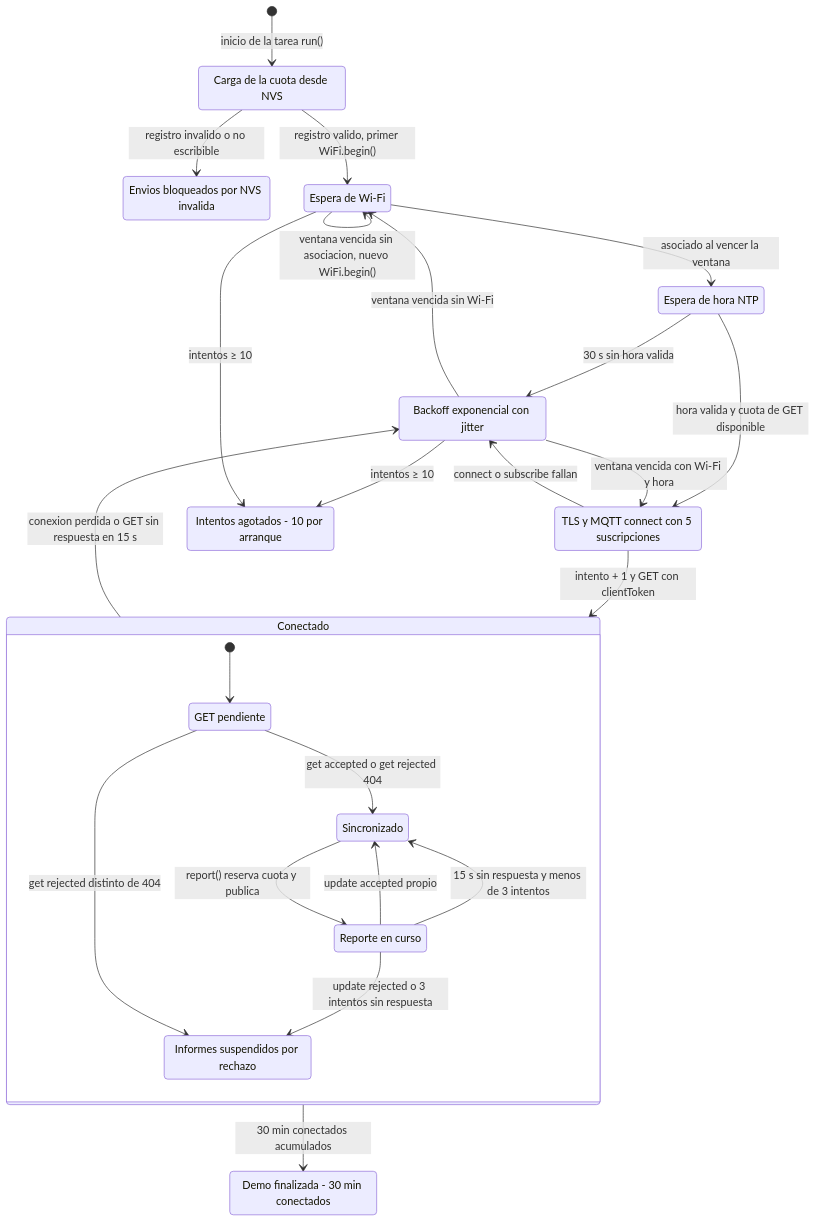
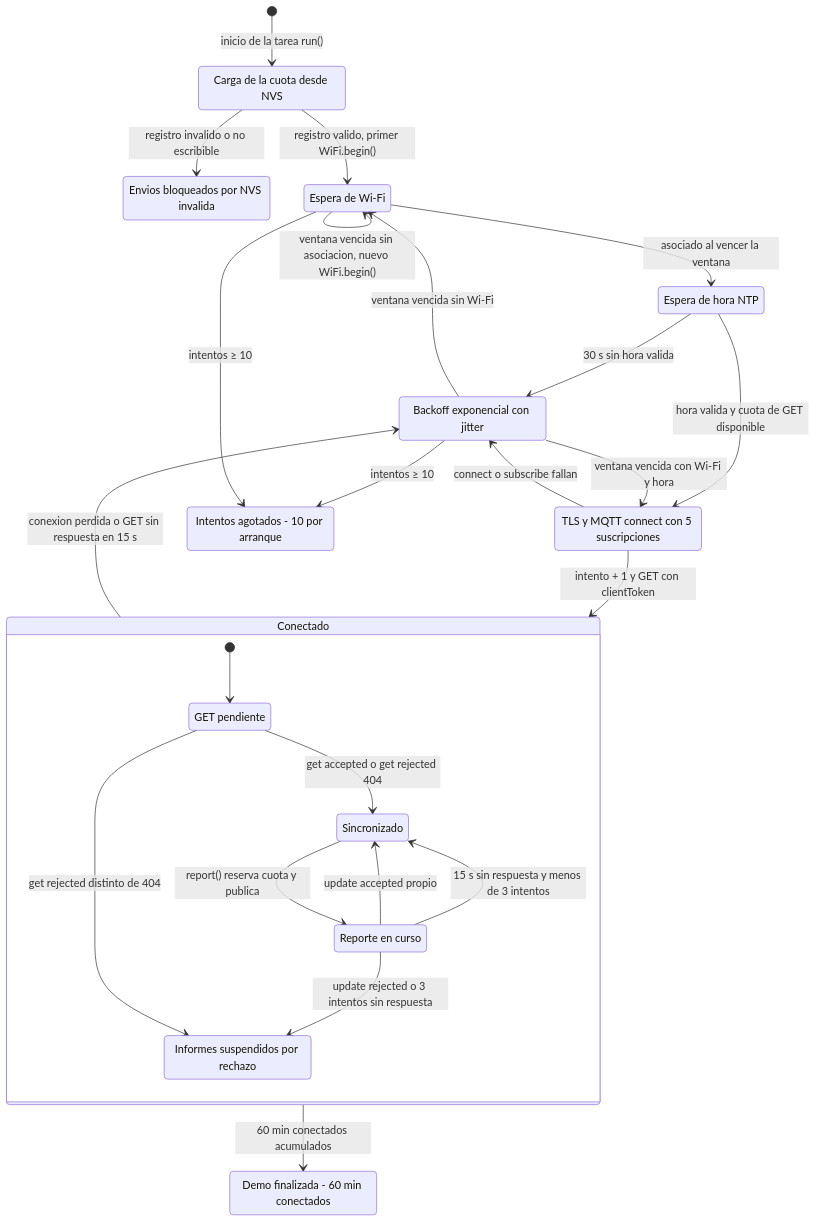
The seventh of 16 diagrams in docs/informe.md (HenryRiveraM/smartpark-practica-3), drawn with Mermaid before and after one commit. The commit also changed other lines of this file and 8 other files, not shown here.

````diff
--- a/docs/informe.md
+++ b/docs/informe.md
@@ -615,39 +615,39 @@
 ```mermaid
 stateDiagram-v2
     state "Carga de la cuota desde NVS" as Cuota
     state "Envios bloqueados por NVS invalida" as NVSMal
     state "Espera de Wi-Fi" as WiFi
     state "Espera de hora NTP" as NTP
     state "TLS y MQTT connect con 5 suscripciones" as TLS
     state "Backoff exponencial con jitter" as Backoff
     state "Intentos agotados - 10 por arranque" as Agotado
-    state "Demo finalizada - 30 min conectados" as Demo
+    state "Demo finalizada - 60 min conectados" as Demo
     state Conectado {
         state "GET pendiente" as GetP
         state "Sincronizado" as Sync
         state "Reporte en curso" as Inflight
         state "Informes suspendidos por rechazo" as Susp
         [*] --> GetP
         GetP --> Sync : get accepted o get rejected 404
         GetP --> Susp : get rejected distinto de 404
         Sync --> Inflight : report() reserva cuota y publica
         Inflight --> Sync : update accepted propio
         Inflight --> Sync : 15 s sin respuesta y menos de 3 intentos
         Inflight --> Susp : update rejected o 3 intentos sin respuesta
     }
     [*] --> Cuota : inicio de la tarea run()
     Cuota --> NVSMal : registro invalido o no escribible
     Cuota --> WiFi : registro valido, primer WiFi.begin()
     WiFi --> WiFi : ventana vencida sin asociacion, nuevo WiFi.begin()
     WiFi --> NTP : asociado al vencer la ventana
     NTP --> Backoff : 30 s sin hora valida
     NTP --> TLS : hora valida y cuota de GET disponible
     TLS --> Backoff : connect o subscribe fallan
     TLS --> Conectado : intento + 1 y GET con clientToken
     Conectado --> Backoff : conexion perdida o GET sin respuesta en 15 s
-    Conectado --> Demo : 30 min conectados acumulados
+    Conectado --> Demo : 60 min conectados acumulados
     Backoff --> WiFi : ventana vencida sin Wi-Fi
     Backoff --> TLS : ventana vencida con Wi-Fi y hora
     Backoff --> Agotado : intentos ≥ 10
     WiFi --> Agotado : intentos ≥ 10
 ```
````
